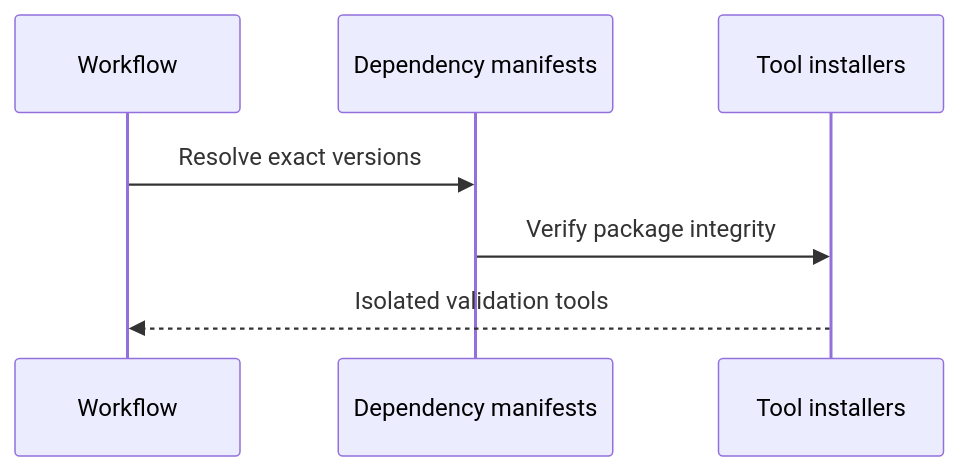
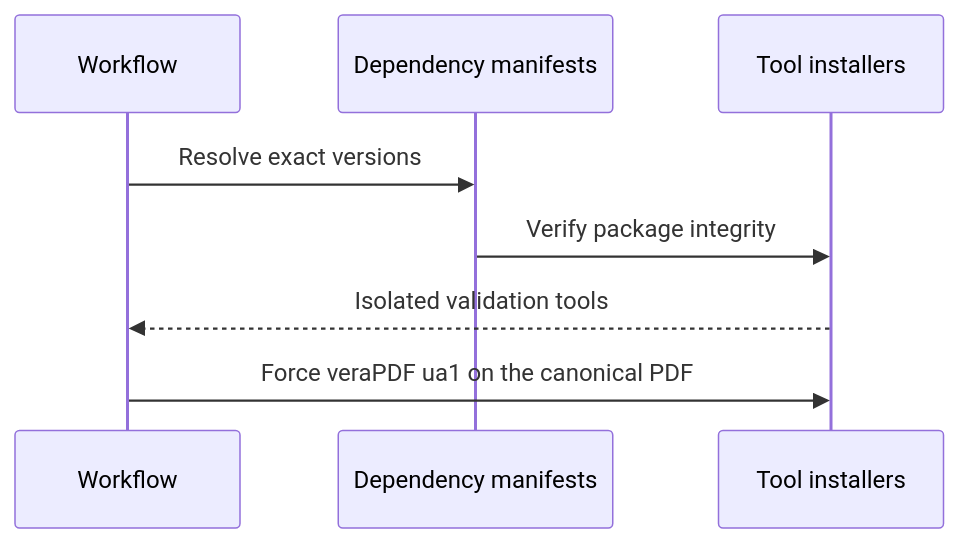
The third of 5 diagrams in ci/AGENTS.md (streamentry/streamentry), drawn with Mermaid before and after one commit. The commit also changed other lines of this file and 12 other files, not shown here.

Commit message:
Validate PDF/UA with pinned veraPDF

````diff
--- a/ci/AGENTS.md
+++ b/ci/AGENTS.md
@@ -35,9 +38,10 @@
 ```mermaid
 sequenceDiagram
   participant W as Workflow
   participant M as Dependency manifests
   participant T as Tool installers
   W->>M: Resolve exact versions
   M->>T: Verify package integrity
   T-->>W: Isolated validation tools
+  W->>T: Force veraPDF ua1 on the canonical PDF
 ```
````
